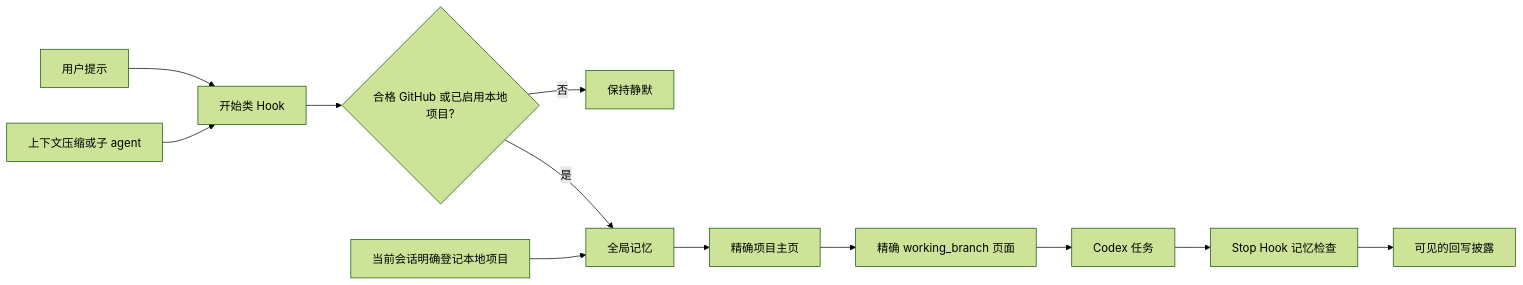
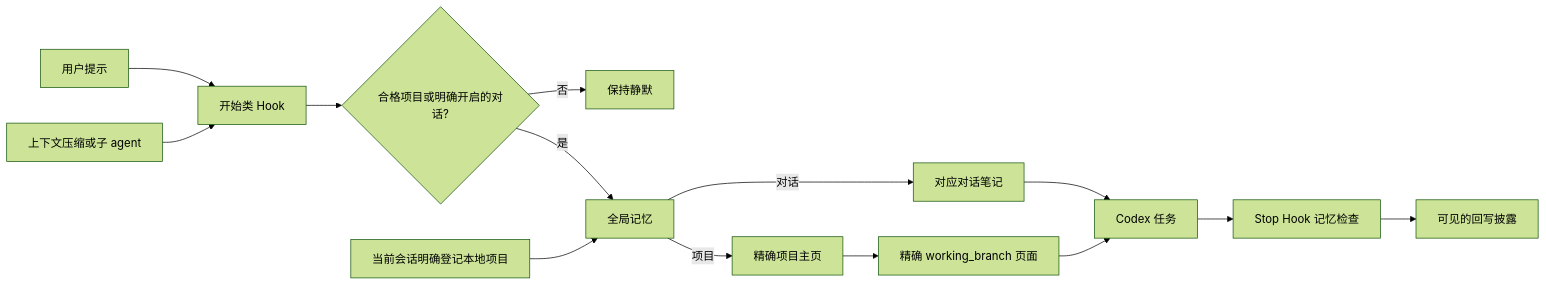
Before and after one commit to Wang-Ruibin/codex-obsidian-memory: the diagram in README.zh-CN.md, drawn with Mermaid (forest theme). The commit also changed other lines of this file and 42 other files, not shown here.

````diff
--- a/README.zh-CN.md
+++ b/README.zh-CN.md
@@ -214,14 +233,16 @@
 ```mermaid
 flowchart LR
     A[用户提示] --> B[开始类 Hook]
     C[上下文压缩或子 agent] --> B
-    B --> D{合格 GitHub 或已启用本地项目?}
+    B --> D{合格项目或明确开启的对话?}
     D -- 否 --> E[保持静默]
     D -- 是 --> F[全局记忆]
     L[当前会话明确登记本地项目] --> F
-    F --> G[精确项目主页]
+    F -- 项目 --> G[精确项目主页]
+    F -- 对话 --> M[对应对话笔记]
+    M --> I[Codex 任务]
     G --> H[精确 working_branch 页面]
     H --> I[Codex 任务]
     I --> J[Stop Hook 记忆检查]
     J --> K[可见的回写披露]
 ```
````
